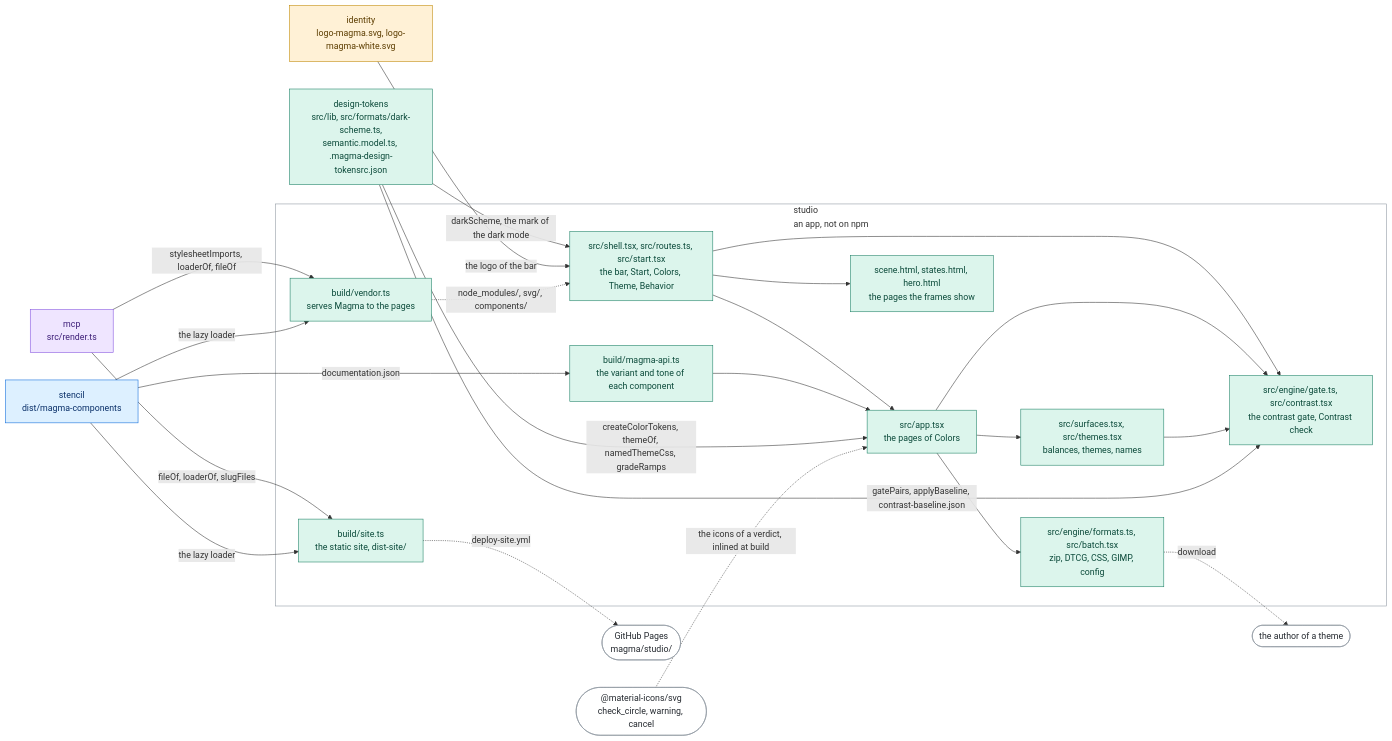
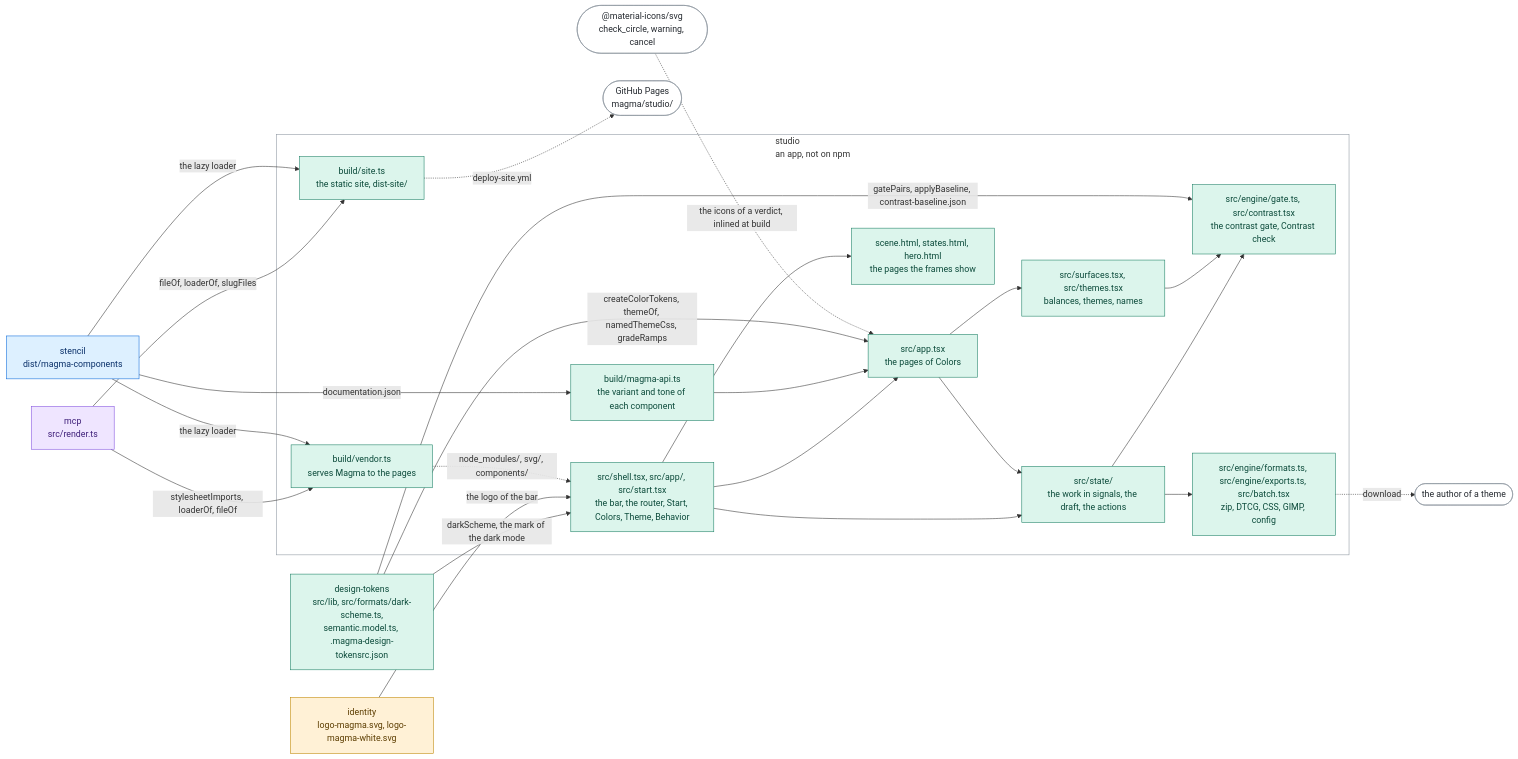
The diagram in projects/studio/README.md (magma-design-system/magma), drawn with Mermaid before and after one commit. The commit also changed other lines of this file and 2 other files, not shown here.

First line of the commit message:
docs(studio): the state in signals and the router module in the README and the glossary

````diff
--- a/projects/studio/README.md
+++ b/projects/studio/README.md
@@ -382,52 +386,54 @@
 ```mermaid
 flowchart LR
   DT["design-tokens<br/>src/lib, src/formats/dark-scheme.ts,<br/>semantic.model.ts, .magma-design-tokensrc.json"]
   MCP["mcp<br/>src/render.ts"]
   WC["stencil<br/>dist/magma-components"]
   ID["identity<br/>logo-magma.svg, logo-magma-white.svg"]
   subgraph stu["studio<br/>an app, not on npm"]
-    SHELL["src/shell.tsx, src/routes.ts, src/start.tsx<br/>the bar, Start, Colors, Theme, Behavior"]
+    SHELL["src/shell.tsx, src/app/, src/start.tsx<br/>the bar, the router, Start, Colors, Theme, Behavior"]
+    STATE["src/state/<br/>the work in signals, the draft, the actions"]
     APP["src/app.tsx<br/>the pages of Colors"]
     SURF["src/surfaces.tsx, src/themes.tsx<br/>balances, themes, names"]
     GATE["src/engine/gate.ts, src/contrast.tsx<br/>the contrast gate, Contrast check"]
-    OUT["src/engine/formats.ts, src/batch.tsx<br/>zip, DTCG, CSS, GIMP, config"]
+    OUT["src/engine/formats.ts, src/engine/exports.ts, src/batch.tsx<br/>zip, DTCG, CSS, GIMP, config"]
     VEN["build/vendor.ts<br/>serves Magma to the pages"]
     API["build/magma-api.ts<br/>the variant and tone of each component"]
     SITE["build/site.ts<br/>the static site, dist-site/"]
     SCENE["scene.html, states.html, hero.html<br/>the pages the frames show"]
     SHELL --> APP
+    SHELL --> STATE
     SHELL --> SCENE
-    SHELL --> GATE
+    APP --> STATE
     APP --> SURF
-    APP --> GATE
-    APP --> OUT
+    STATE --> GATE
+    STATE --> OUT
     SURF --> GATE
     API --> APP
   end
   DT -->|"createColorTokens, themeOf, namedThemeCss, gradeRamps"| APP
   DT -->|"gatePairs, applyBaseline, contrast-baseline.json"| GATE
   DT -->|"darkScheme, the mark of the dark mode"| SHELL
   MCP -->|"stylesheetImports, loaderOf, fileOf"| VEN
   MCP -->|"fileOf, loaderOf, slugFiles"| SITE
   WC -->|"the lazy loader"| VEN
   WC -->|"documentation.json"| API
   WC -->|"the lazy loader"| SITE
   ID -->|"the logo of the bar"| SHELL
   VEN -.->|"node_modules/, svg/, components/"| SHELL
   SITE -.->|"deploy-site.yml"| PAGES(["GitHub Pages<br/>magma/studio/"])
   OUT -.->|"download"| AUTHOR(["the author of a theme"])
   MI(["@material-icons/svg<br/>check_circle, warning, cancel"]) -.->|"the icons of a verdict, inlined at build"| APP
-  class DT,APP,SURF,GATE,OUT,SHELL,VEN,API,SITE,SCENE visual
+  class DT,APP,STATE,SURF,GATE,OUT,SHELL,VEN,API,SITE,SCENE visual
   class MCP ai
   class WC components
   class ID assets
   class AUTHOR,PAGES,MI outside
   class stu area
   classDef ai fill:#efe5ff,stroke:#8250df,color:#3e1f79
   classDef assets fill:#fff1d6,stroke:#bf8700,color:#5c3d00
   classDef visual fill:#dcf5ec,stroke:#1a7f64,color:#0b4a3a
   classDef components fill:#ddf0ff,stroke:#0969da,color:#0a3069
   classDef tooling fill:#eceff3,stroke:#57606a,color:#24292f
   classDef outside fill:#ffffff,stroke:#8c959f,color:#24292f
   classDef area fill:none,stroke:#8c959f
 ```
````
